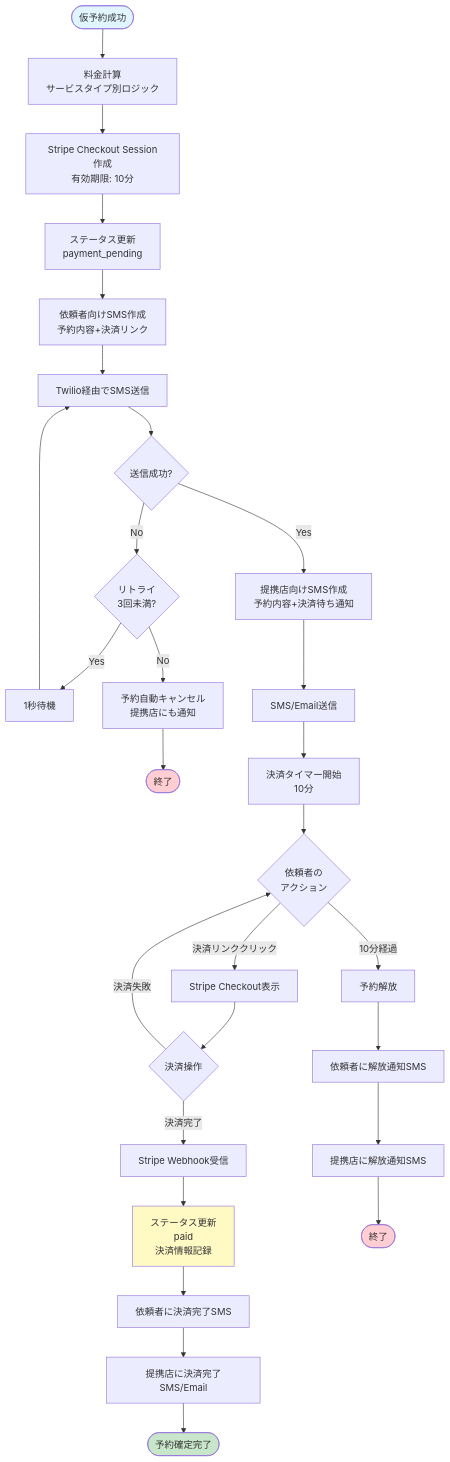
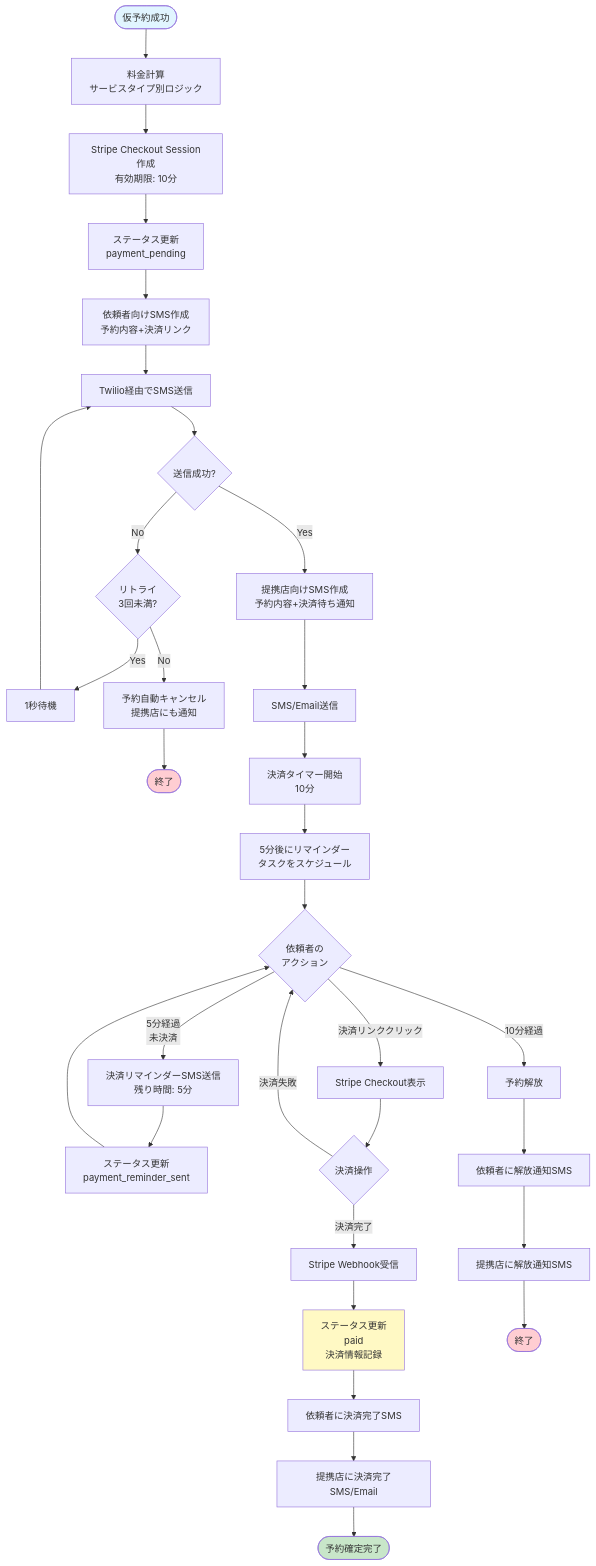
One commit to kshimono/mcp_phone changed the fifth of 9 diagrams in requiremet/業務フロー図.md. Above: the diagram before and after it, drawn with Mermaid. The commit also changed other lines of this file and 2 other files, not shown here.

````diff
--- a/requiremet/業務フロー図.md
+++ b/requiremet/業務フロー図.md
@@ -216,43 +222,48 @@
 ```mermaid
 graph TB
     Start([仮予約成功]) --> CalcPrice[料金計算<br/>サービスタイプ別ロジック]
     CalcPrice --> CreateSession[Stripe Checkout Session作成<br/>有効期限: 10分]
     CreateSession --> UpdateStatus1[ステータス更新<br/>payment_pending]
 
     UpdateStatus1 --> CreateSMS1[依頼者向けSMS作成<br/>予約内容+決済リンク]
     CreateSMS1 --> SendSMS1[Twilio経由でSMS送信]
     SendSMS1 --> SMS1Result{送信成功?}
 
     SMS1Result -->|No| Retry1{リトライ<br/>3回未満?}
     Retry1 -->|Yes| Wait1[1秒待機]
     Wait1 --> SendSMS1
     Retry1 -->|No| AutoCancel[予約自動キャンセル<br/>提携店にも通知]
     AutoCancel --> End3([終了])
 
     SMS1Result -->|Yes| CreateSMS2[提携店向けSMS作成<br/>予約内容+決済待ち通知]
     CreateSMS2 --> SendSMS2[SMS/Email送信]
 
     SendSMS2 --> StartTimer[決済タイマー開始<br/>10分]
-    StartTimer --> WaitPayment{依頼者の<br/>アクション}
+    StartTimer --> ScheduleReminder[5分後にリマインダー<br/>タスクをスケジュール]
+    ScheduleReminder --> WaitPayment{依頼者の<br/>アクション}
+
+    WaitPayment -->|5分経過<br/>未決済| SendPaymentReminder[決済リマインダーSMS送信<br/>残り時間: 5分]
+    SendPaymentReminder --> UpdateReminderStatus[ステータス更新<br/>payment_reminder_sent]
+    UpdateReminderStatus --> WaitPayment
 
     WaitPayment -->|決済リンククリック| ShowCheckout[Stripe Checkout表示]
     ShowCheckout --> PayAction{決済操作}
 
     PayAction -->|決済完了| Webhook[Stripe Webhook受信]
     Webhook --> UpdatePaid[ステータス更新<br/>paid<br/>決済情報記録]
     UpdatePaid --> SendConfirmSMS1[依頼者に決済完了SMS]
     SendConfirmSMS1 --> SendConfirmSMS2[提携店に決済完了SMS/Email]
     SendConfirmSMS2 --> End1([予約確定完了])
 
     PayAction -->|決済失敗| WaitPayment
     WaitPayment -->|10分経過| ReleaseReq[予約解放]
     ReleaseReq --> SendReleaseSMS1[依頼者に解放通知SMS]
     SendReleaseSMS1 --> SendReleaseSMS2[提携店に解放通知SMS]
     SendReleaseSMS2 --> End2([終了])
 
     style Start fill:#e1f5ff
     style End1 fill:#c8e6c9
     style End2 fill:#ffcdd2
     style End3 fill:#ffcdd2
     style UpdatePaid fill:#fff9c4
 ```
````
